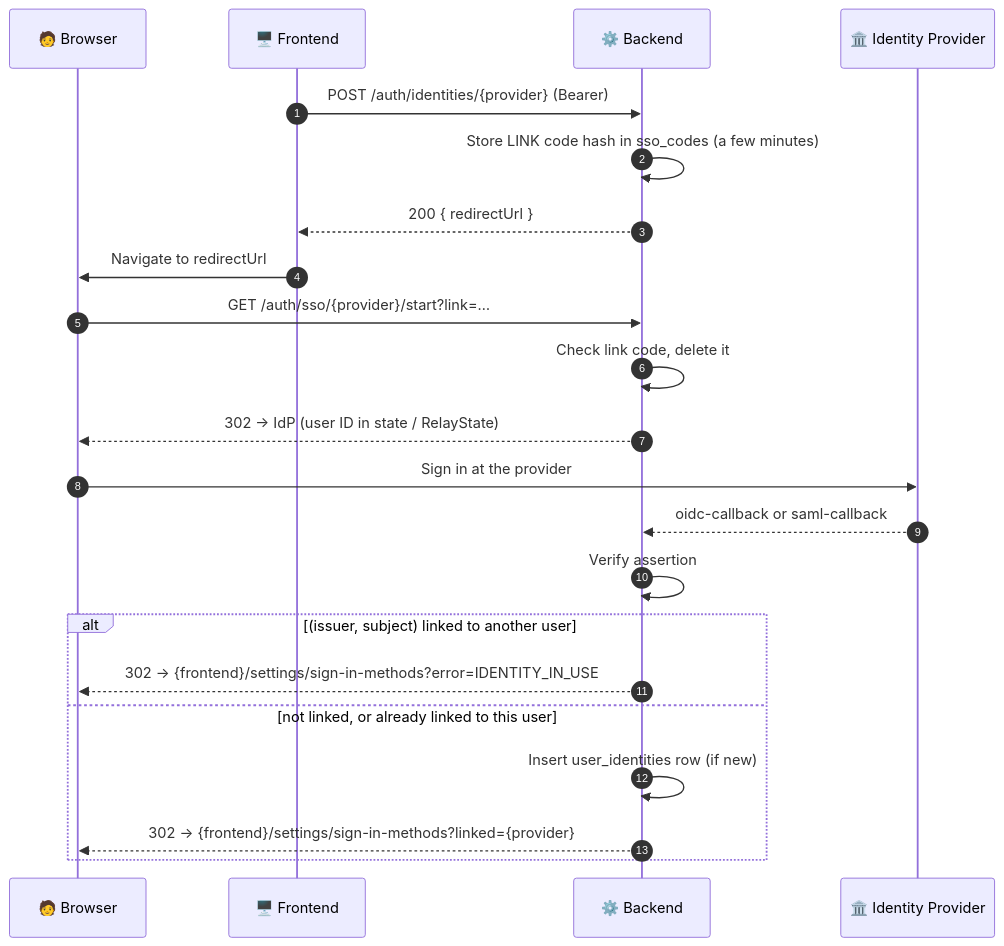
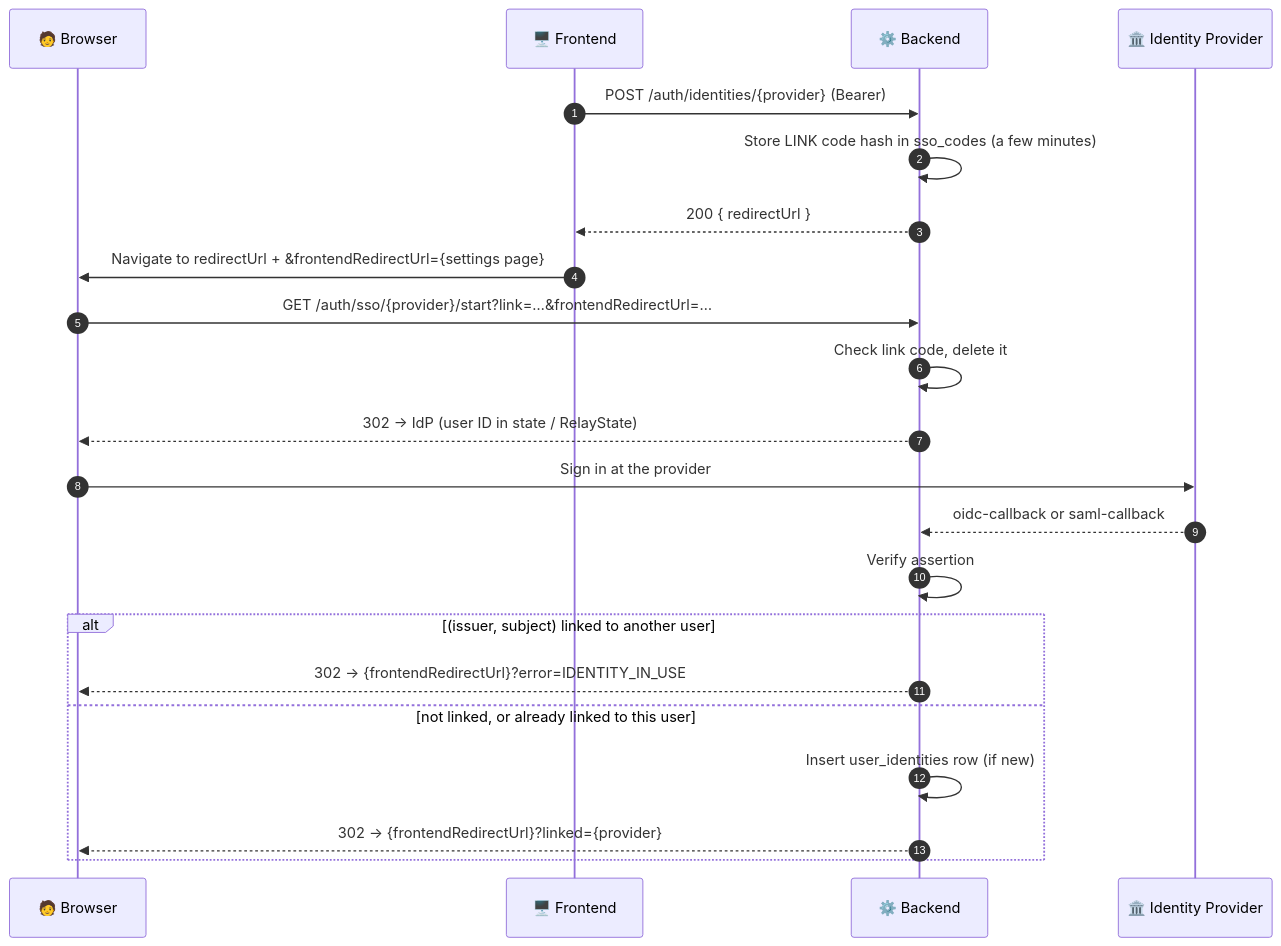
The seventh of 7 diagrams in docs/api-design/01-auth-sessions.md (openshelves-labs/openshelves), drawn with Mermaid before and after one commit. The commit also changed other lines of this file and 33 other files, not shown here.

````diff
--- a/docs/api-design/01-auth-sessions.md
+++ b/docs/api-design/01-auth-sessions.md
@@ -441,25 +446,25 @@
 ```mermaid
 sequenceDiagram
     autonumber
     participant U as 🧑 Browser
     participant FE as 🖥️ Frontend
     participant BE as ⚙️ Backend
     participant IdP as 🏛️ Identity Provider
 
     FE->>BE: POST /auth/identities/{provider} (Bearer)
     BE->>BE: Store LINK code hash in sso_codes (a few minutes)
     BE-->>FE: 200 { redirectUrl }
-    FE->>U: Navigate to redirectUrl
-    U->>BE: GET /auth/sso/{provider}/start?link=…
+    FE->>U: Navigate to redirectUrl + &frontendRedirectUrl={settings page}
+    U->>BE: GET /auth/sso/{provider}/start?link=…&frontendRedirectUrl=…
     BE->>BE: Check link code, delete it
     BE-->>U: 302 → IdP (user ID in state / RelayState)
     U->>IdP: Sign in at the provider
     IdP-->>BE: oidc-callback or saml-callback
     BE->>BE: Verify assertion
     alt (issuer, subject) linked to another user
-        BE-->>U: 302 → {frontend}/settings/sign-in-methods?error=IDENTITY_IN_USE
+        BE-->>U: 302 → {frontendRedirectUrl}?error=IDENTITY_IN_USE
     else not linked, or already linked to this user
         BE->>BE: Insert user_identities row (if new)
-        BE-->>U: 302 → {frontend}/settings/sign-in-methods?linked={provider}
+        BE-->>U: 302 → {frontendRedirectUrl}?linked={provider}
     end
 ```
````
